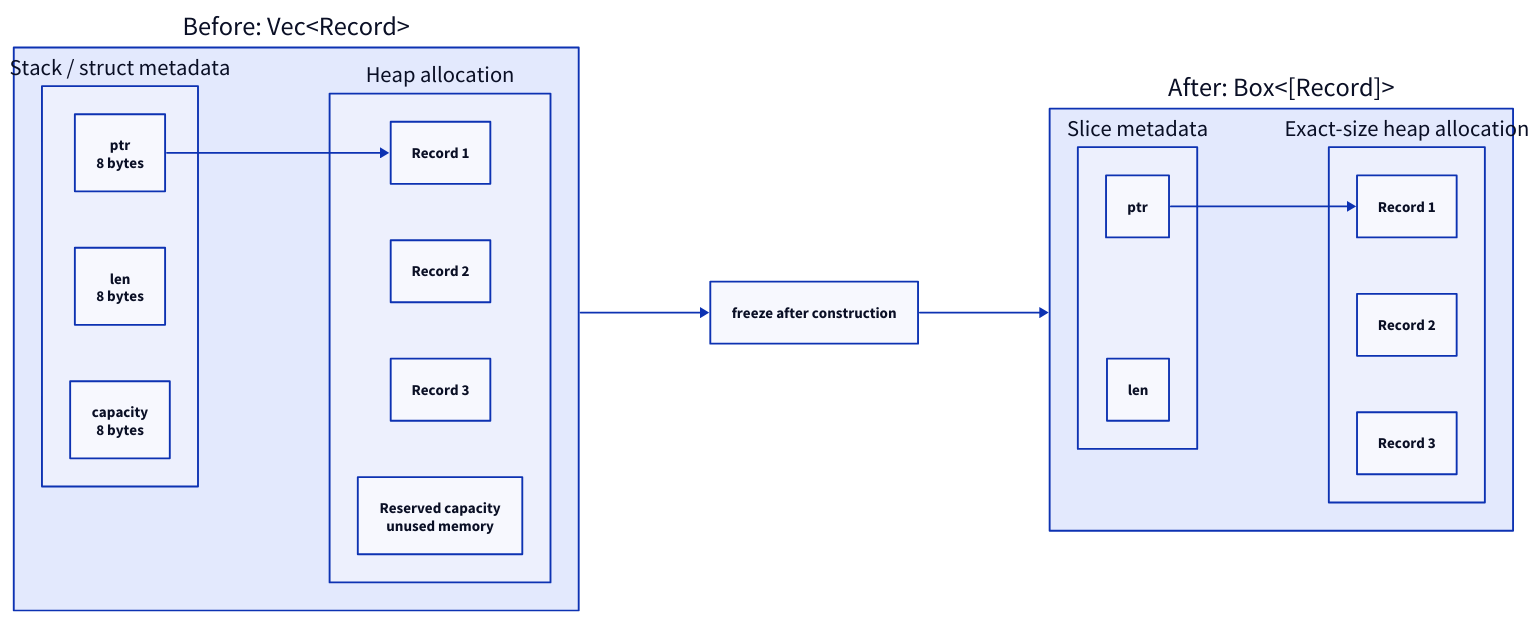
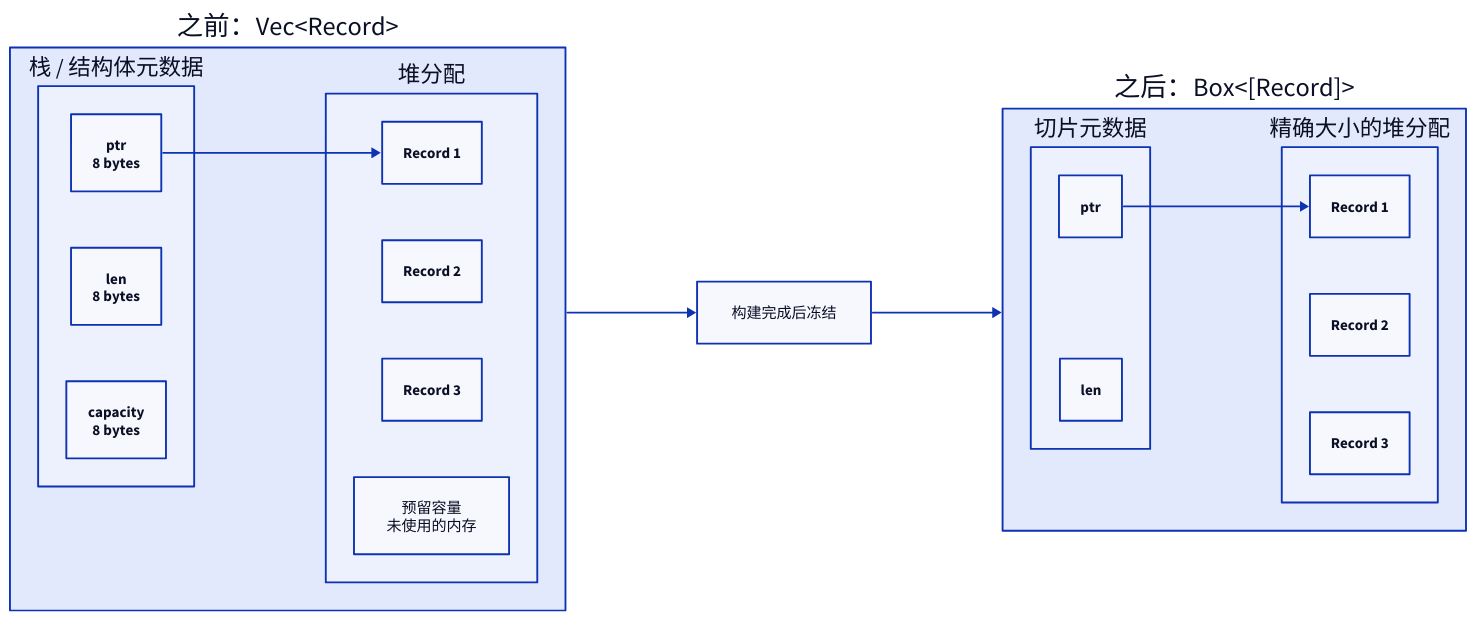
Before and after one commit to Disdjj/blog: the third of 11 diagrams in content/posts/how-cloudflare-1111-saved-100-tb-of-memory-by-refactoring-dns-cache-memory-layout-by-chatgpt-mh23d.md, drawn with D2. The commit also changed other lines of this file, not shown here.

````diff
--- a/content/posts/how-cloudflare-1111-saved-100-tb-of-memory-by-refactoring-dns-cache-memory-layout-by-chatgpt-mh23d.md
+++ b/content/posts/how-cloudflare-1111-saved-100-tb-of-memory-by-refactoring-dns-cache-memory-layout-by-chatgpt-mh23d.md
@@ -345,39 +343,39 @@
 ```d2
 direction: right
 
-before: "Before: Vec<Record>" {
-  meta: "Stack / struct metadata" {
+before: "之前：Vec<Record>" {
+  meta: "栈 / 结构体元数据" {
     ptr: "ptr\n8 bytes"
     len: "len\n8 bytes"
     cap: "capacity\n8 bytes"
   }
 
-  heap: "Heap allocation" {
+  heap: "堆分配" {
     r1: "Record 1"
     r2: "Record 2"
     r3: "Record 3"
-    unused: "Reserved capacity\nunused memory"
+    unused: "预留容量\n未使用的内存"
   }
 
   meta.ptr -> heap.r1
 }
 
-arrow: "freeze after construction"
+arrow: "构建完成后冻结"
 
-after: "After: Box<[Record]>" {
-  metadata: "Slice metadata" {
+after: "之后：Box<[Record]>" {
+  metadata: "切片元数据" {
     ptr2: "ptr"
     len2: "len"
   }
 
-  heap2: "Exact-size heap allocation" {
+  heap2: "精确大小的堆分配" {
     rr1: "Record 1"
     rr2: "Record 2"
     rr3: "Record 3"
   }
 
   metadata.ptr2 -> heap2.rr1
 }
 
 before -> arrow -> after
 ```
````
